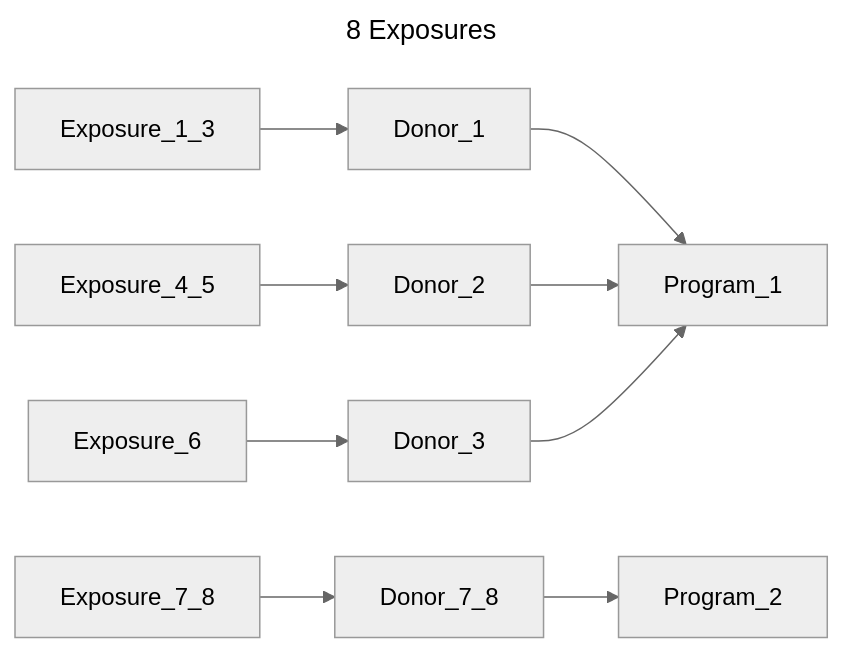
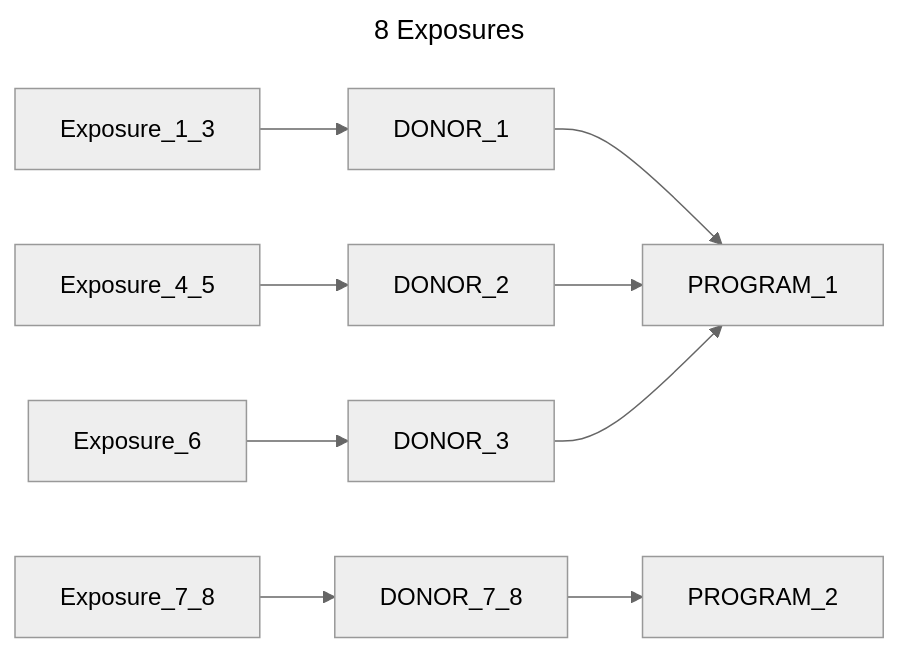
Before and after one commit to CanDIG/katsu: diagram 14 of 14 in chord_metadata_service/mohpackets/data/small_dataset/README.md, drawn with Mermaid (neutral theme). The commit also changed other lines of this file and 2 other files, not shown here.

Commit message:
check mermaid diagrams

````diff
--- a/chord_metadata_service/mohpackets/data/small_dataset/README.md
+++ b/chord_metadata_service/mohpackets/data/small_dataset/README.md
@@ -221,10 +229,10 @@
 ```mermaid
 ---
 title: 8 Exposures
 ---
 graph LR;  
-  Exposure_1_3 --> Donor_1 --> Program_1;  
-  Exposure_4_5 --> Donor_2 --> Program_1;
-  Exposure_6 --> Donor_3 --> Program_1;    
-  Exposure_7_8 --> Donor_7_8 --> Program_2;
+  Exposure_1_3 --> DONOR_1 --> PROGRAM_1;  
+  Exposure_4_5 --> DONOR_2 --> PROGRAM_1;
+  Exposure_6 --> DONOR_3 --> PROGRAM_1;    
+  Exposure_7_8 --> DONOR_7_8 --> PROGRAM_2;
 ```
````
